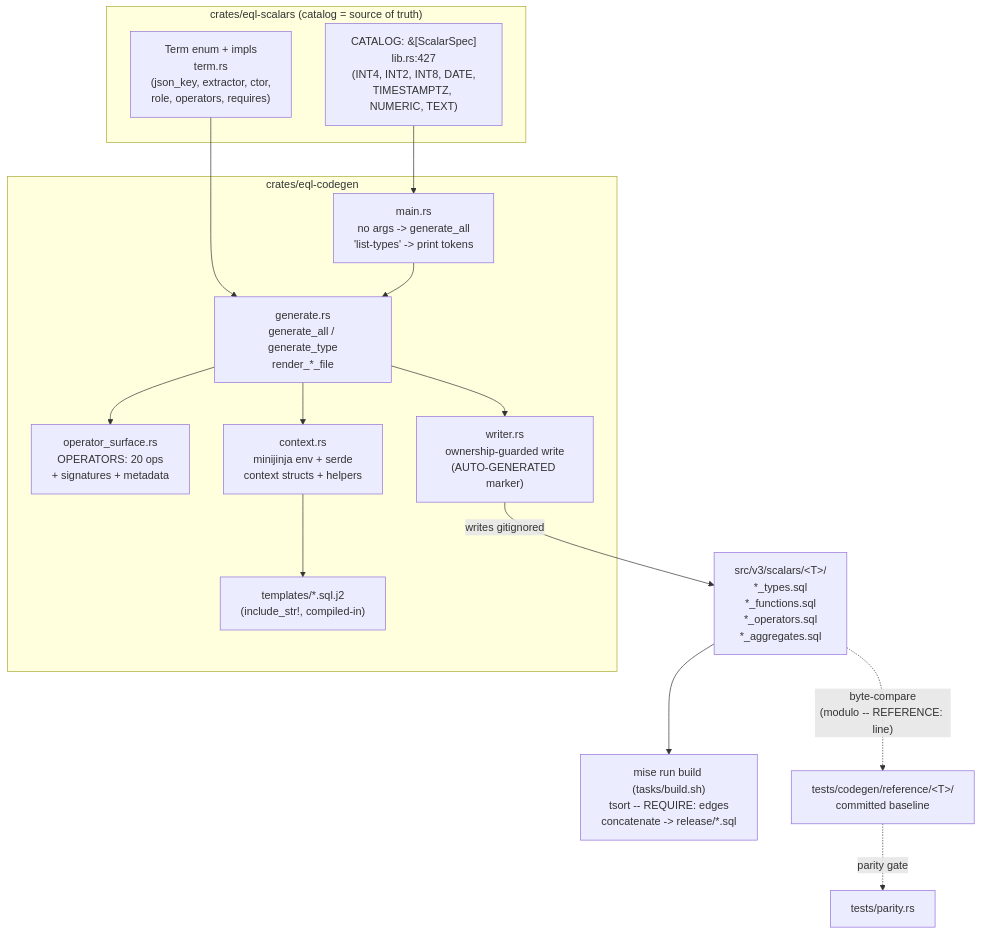
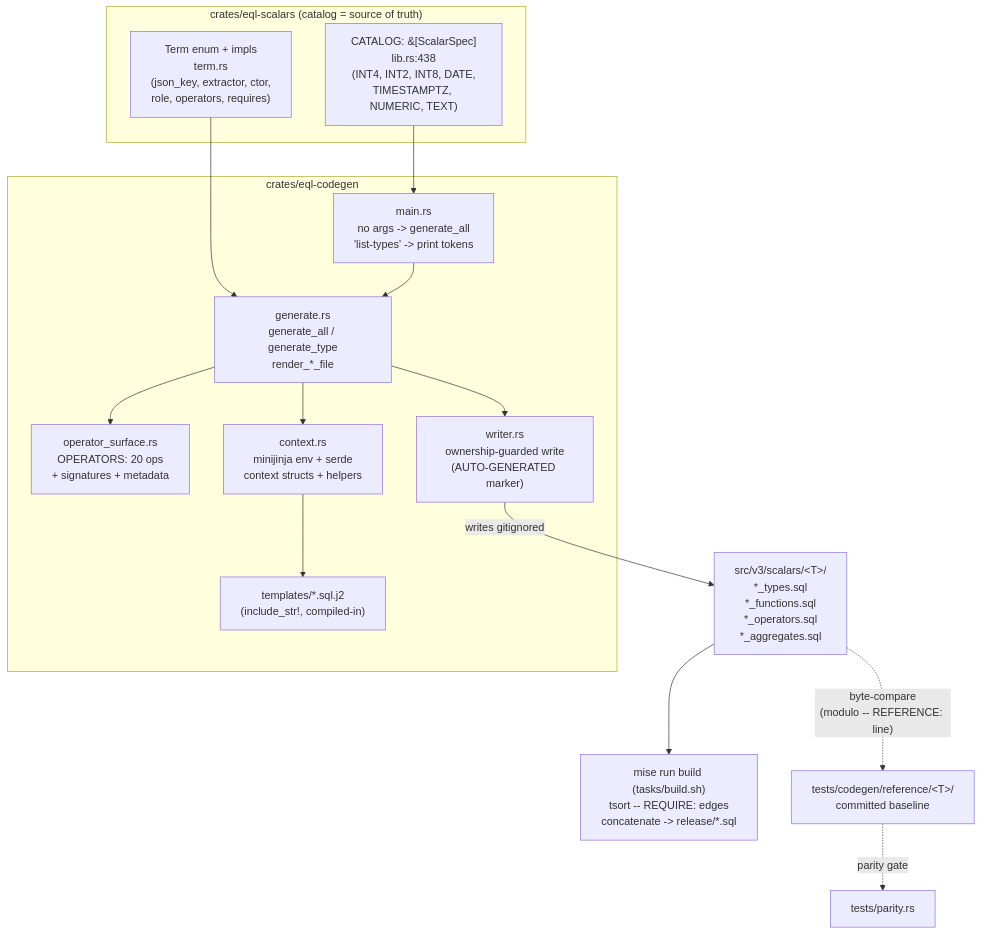
One commit to cipherstash/encrypt-query-language changed the first of 2 diagrams in docs/walkthroughs/sql-code-generator.md. Above: the diagram before and after it, drawn with Mermaid. The commit also changed other lines of this file and 1 other file, not shown here.

````diff
--- a/docs/walkthroughs/sql-code-generator.md
+++ b/docs/walkthroughs/sql-code-generator.md
@@ -44,31 +44,31 @@
 ```mermaid
 flowchart TD
     subgraph catalog["crates/eql-scalars (catalog = source of truth)"]
-        SPEC["CATALOG: &[ScalarSpec]<br/>lib.rs:427<br/>(INT4, INT2, INT8, DATE,<br/>TIMESTAMPTZ, NUMERIC, TEXT)"]
+        SPEC["CATALOG: &[ScalarSpec]<br/>lib.rs:438<br/>(INT4, INT2, INT8, DATE,<br/>TIMESTAMPTZ, NUMERIC, TEXT)"]
         TERM["Term enum + impls<br/>term.rs<br/>(json_key, extractor, ctor,<br/>role, operators, requires)"]
     end
 
     subgraph codegen["crates/eql-codegen"]
         MAIN["main.rs<br/>no args -> generate_all<br/>'list-types' -> print tokens"]
         GEN["generate.rs<br/>generate_all / generate_type<br/>render_*_file"]
         OPS["operator_surface.rs<br/>OPERATORS: 20 ops<br/>+ signatures + metadata"]
         CTX["context.rs<br/>minijinja env + serde<br/>context structs + helpers"]
         TPL["templates/*.sql.j2<br/>(include_str!, compiled-in)"]
         WRITER["writer.rs<br/>ownership-guarded write<br/>(AUTO-GENERATED marker)"]
     end
 
     SPEC --> MAIN
     TERM --> GEN
     MAIN --> GEN
     GEN --> OPS
     GEN --> CTX
     CTX --> TPL
     GEN --> WRITER
 
     WRITER -->|"writes gitignored"| OUT["src/v3/scalars/&lt;T&gt;/<br/>*_types.sql<br/>*_functions.sql<br/>*_operators.sql<br/>*_aggregates.sql"]
 
     OUT --> BUILD["mise run build (tasks/build.sh)<br/>tsort -- REQUIRE: edges<br/>concatenate -> release/*.sql"]
 
     OUT -.->|"byte-compare<br/>(modulo -- REFERENCE: line)"| REF["tests/codegen/reference/&lt;T&gt;/<br/>committed baseline"]
     REF -.->|"parity gate"| PARITY["tests/parity.rs"]
 ```
````
